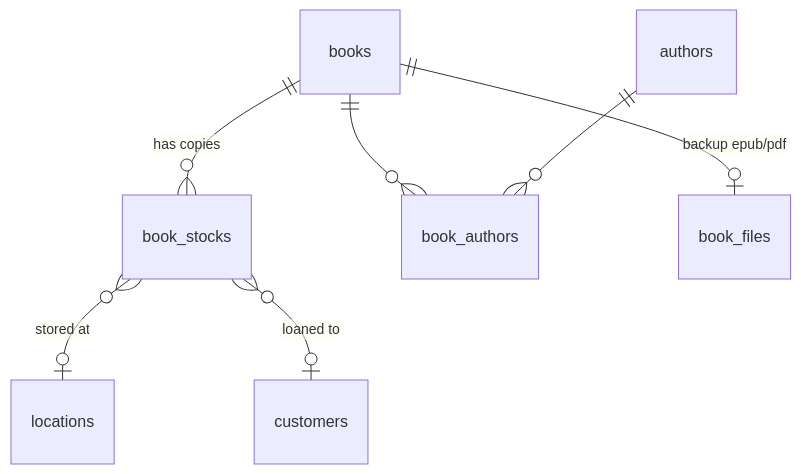
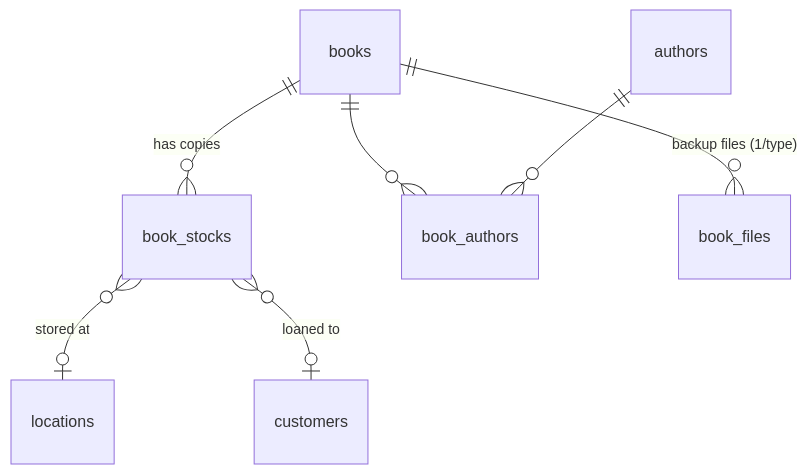
One commit to 2600box/vaultisse changed the first of 2 diagrams in docs/BOOKS.md. Above: the diagram before and after it, drawn with Mermaid. The commit also changed other lines of this file and 16 other files, not shown here.

First line of the commit message:
Support multiple ebook files per book (epub/pdf/mobi)

````diff
--- a/docs/BOOKS.md
+++ b/docs/BOOKS.md
@@ -40,9 +40,9 @@
 ```mermaid
 erDiagram
     books ||--o{ book_stocks : "has copies"
     books ||--o{ book_authors : ""
     authors ||--o{ book_authors : ""
-    books ||--o| book_files : "backup epub/pdf"
+    books ||--o{ book_files : "backup files (1/type)"
     book_stocks }o--o| locations : "stored at"
     book_stocks }o--o| customers : "loaned to"
 ```
````
